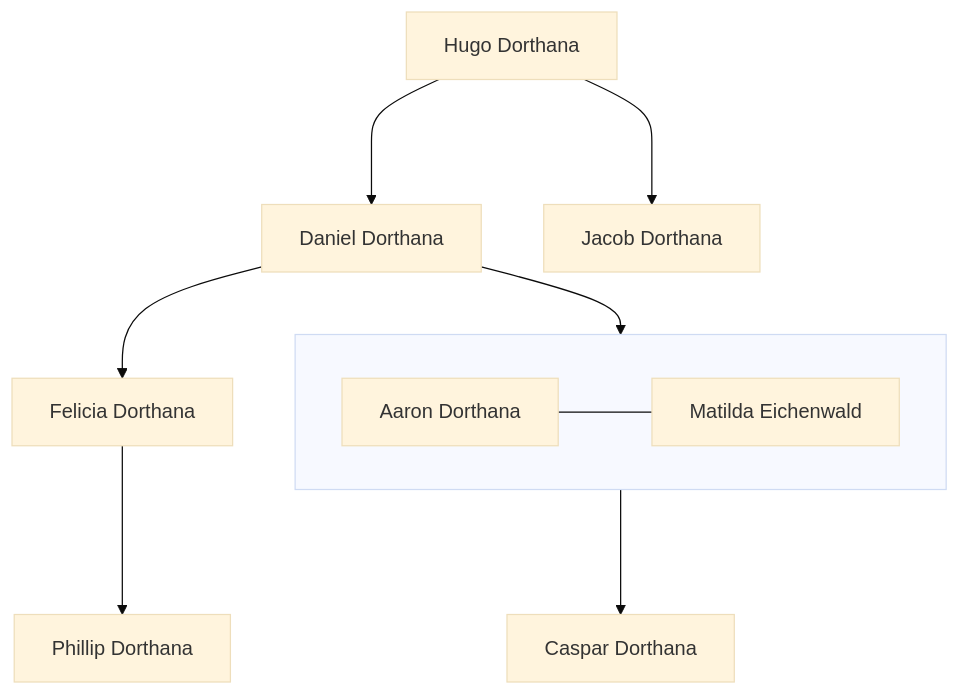
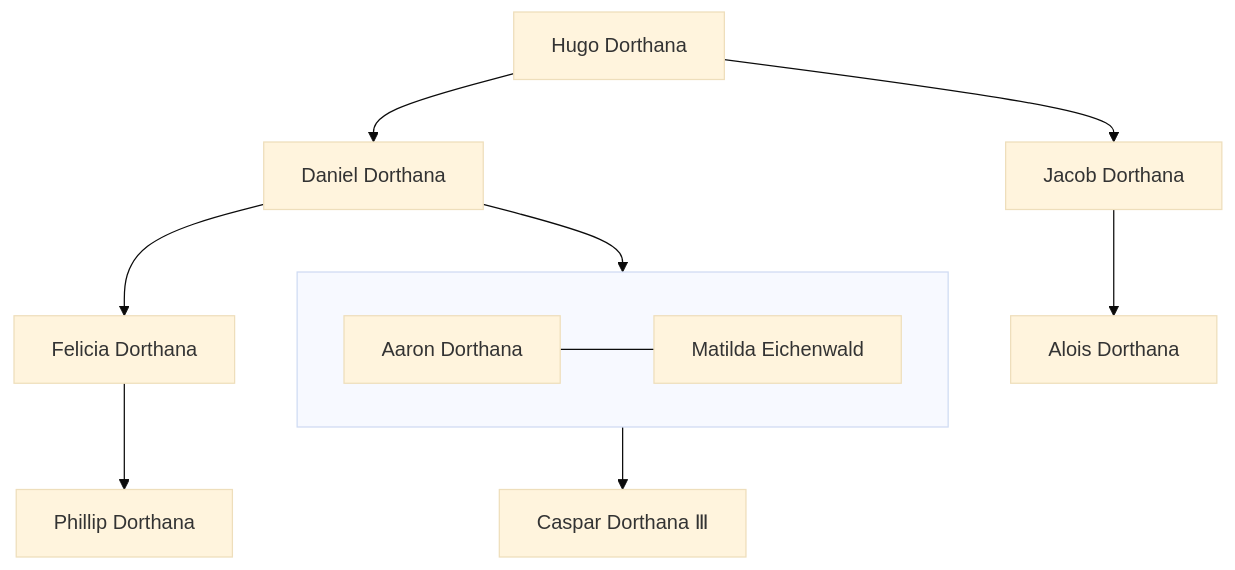
The diagram in content/People/Nobles/Aaron Dorthana.md (k-barber/ccmb-doc), drawn with Mermaid (base theme) before and after one commit. The commit also changed other lines of this file and 56 other files, not shown here.

````diff
--- a/content/People/Nobles/Aaron Dorthana.md
+++ b/content/People/Nobles/Aaron Dorthana.md
@@ -15,15 +16,16 @@
 ```mermaid
 flowchart TB
 A["Daniel Dorthana"] --> C["Felicia Dorthana"]
 A --> B
 subgraph B [" "]
 	direction LR
 	D["Aaron Dorthana"] --- E["Matilda Eichenwald"]
 	end
-B ---> F["Caspar Dorthana"]
-C ---> G["Phillip Dorthana"]
-H["Hugo Dorthana"] ---> A
-H ---> I["Jacob Dorthana"]
-
-class C,E,F,G,I internal-link;
+B --> F["Caspar Dorthana Ⅲ"]
+C --> G["Phillip Dorthana"]
+H["Hugo Dorthana"] --> A
+H --> I["Jacob Dorthana"]
+I --> J[Alois Dorthana]
+class C,E,F,G,I,J internal-link;
+class D current-person;
 ```
````
